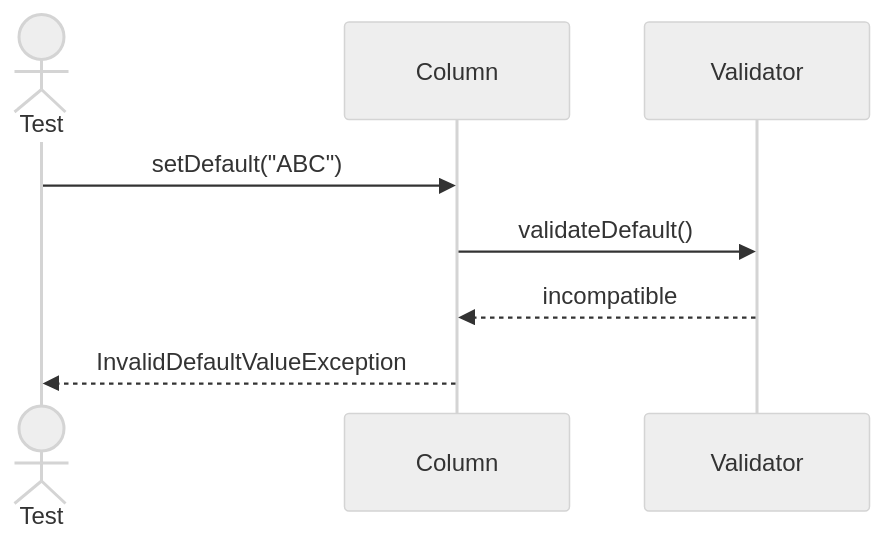
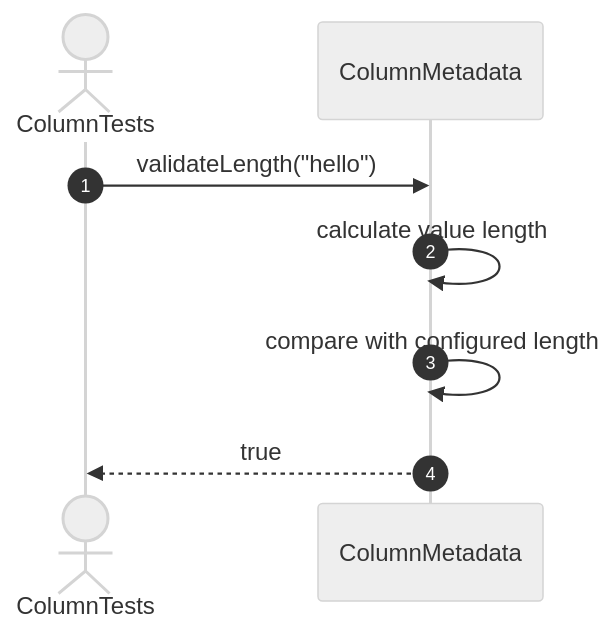
Before and after one commit to FhuAnn/-bbv-AN-s-DBMS: diagram 13 of 18 in src/tests/unit/metadata/sequences/columns-testing.se.md, drawn with Mermaid (neutral theme). The commit also changed other lines of this file and 60 other files, not shown here.

Commit message:
refactor data table, row, column, constraint, index test file

````diff
--- a/src/tests/unit/metadata/sequences/columns-testing.se.md
+++ b/src/tests/unit/metadata/sequences/columns-testing.se.md
@@ -225,14 +190,11 @@
 ```mermaid
 sequenceDiagram
-actor Test
-participant Column
-participant Validator
+    autonumber
+    actor Test as ColumnTests
+    participant Column as ColumnMetadata
 
-Test->>Column: setDefault("ABC")
-
-Column->>Validator: validateDefault()
-
-Validator-->>Column: incompatible
-
-Column-->>Test: InvalidDefaultValueException
+    Test->>Column: validateLength("hello")
+    Column->>Column: calculate value length
+    Column->>Column: compare with configured length
+    Column-->>Test: true
 ```
````
